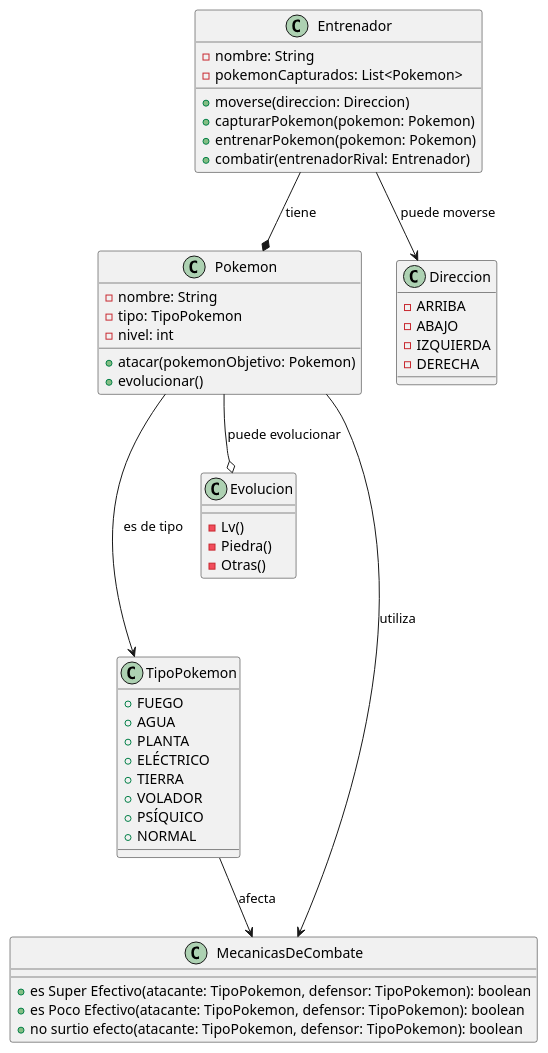
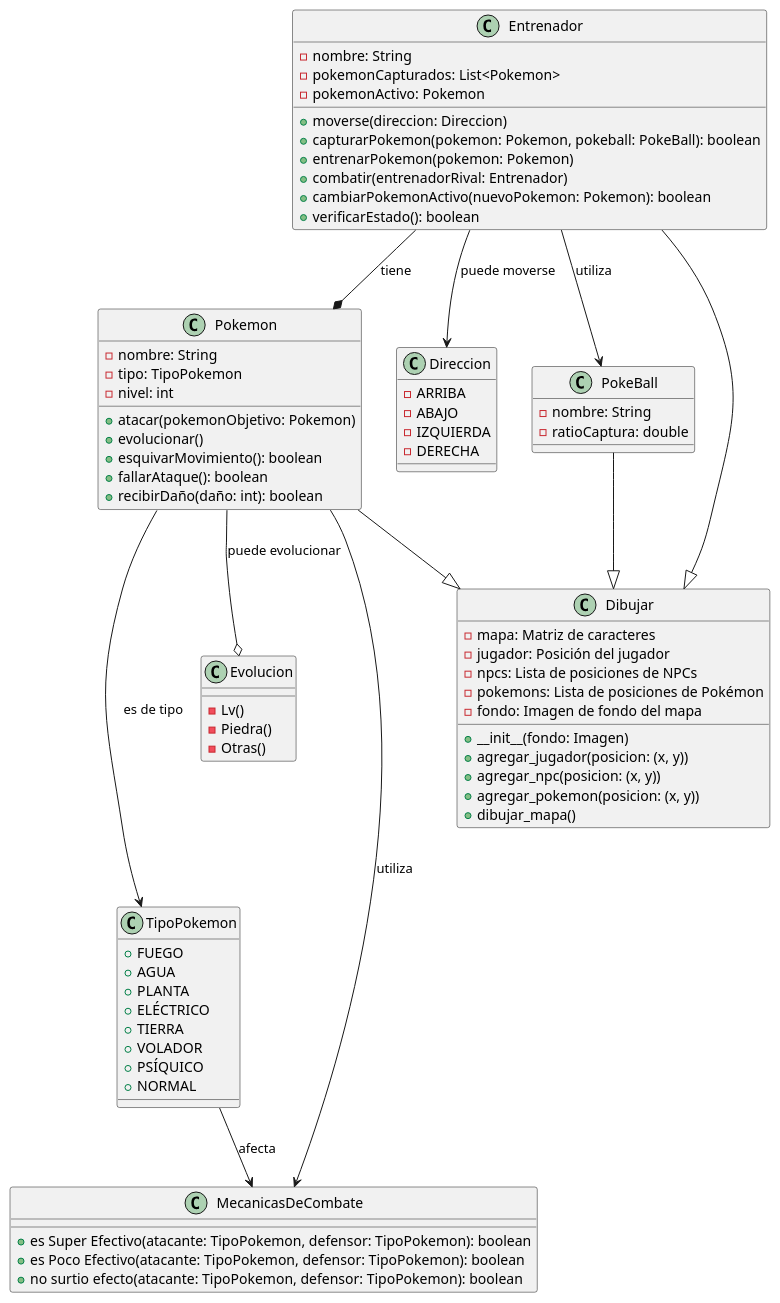
Before and after one commit to JuanDCespedes/pakimon: the diagram in pokemon.plantuml, drawn with PlantUML.

```diff
--- a/pokemon.plantuml
+++ b/pokemon.plantuml
@@ -1,55 +1,84 @@
 @startuml
 class Entrenador {
   - nombre: String
   - pokemonCapturados: List<Pokemon>
+  - pokemonActivo: Pokemon
   + moverse(direccion: Direccion)
-  + capturarPokemon(pokemon: Pokemon)
+  + capturarPokemon(pokemon: Pokemon, pokeball: PokeBall): boolean
   + entrenarPokemon(pokemon: Pokemon)
   + combatir(entrenadorRival: Entrenador)
+  + cambiarPokemonActivo(nuevoPokemon: Pokemon): boolean
+  + verificarEstado(): boolean
 }
 
 class Pokemon {
   - nombre: String
   - tipo: TipoPokemon
   - nivel: int
   + atacar(pokemonObjetivo: Pokemon)
   + evolucionar()
+  + esquivarMovimiento(): boolean
+  + fallarAtaque(): boolean
+  + recibirDaño(daño: int): boolean
 }
 
 class TipoPokemon {
   + FUEGO
   + AGUA
   + PLANTA
   + ELÉCTRICO
   + TIERRA
   + VOLADOR
   + PSÍQUICO
   + NORMAL
 }
 
 class Direccion {
   - ARRIBA
   - ABAJO
   - IZQUIERDA
   - DERECHA
 }
 
 class Evolucion {
   - Lv()
   - Piedra()
   - Otras()
 }
 
 class MecanicasDeCombate {
   + es Super Efectivo(atacante: TipoPokemon, defensor: TipoPokemon): boolean
   + es Poco Efectivo(atacante: TipoPokemon, defensor: TipoPokemon): boolean
   + no surtio efecto(atacante: TipoPokemon, defensor: TipoPokemon): boolean
 }
 
+class PokeBall {
+  - nombre: String
+  - ratioCaptura: double
+}
+
+class Dibujar {
+  - mapa: Matriz de caracteres
+  - jugador: Posición del jugador
+  - npcs: Lista de posiciones de NPCs
+  - pokemons: Lista de posiciones de Pokémon
+  - fondo: Imagen de fondo del mapa
+
+  + __init__(fondo: Imagen)
+  + agregar_jugador(posicion: (x, y))
+  + agregar_npc(posicion: (x, y))
+  + agregar_pokemon(posicion: (x, y))
+  + dibujar_mapa()
+}
+
 Entrenador  --* Pokemon : tiene
 Pokemon  --o  Evolucion : puede evolucionar
 Pokemon ---> TipoPokemon : es de tipo
 Entrenador --> Direccion : puede moverse
 Pokemon --> MecanicasDeCombate : utiliza
 TipoPokemon --> MecanicasDeCombate : afecta
+Entrenador --> PokeBall : utiliza
+Entrenador --|> Dibujar
+Pokemon --|> Dibujar
+PokeBall --|> Dibujar
 @enduml
```
